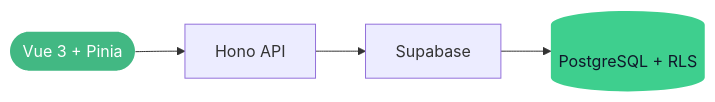
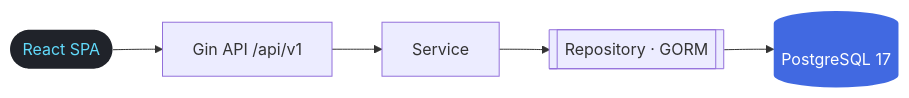
The third of 7 diagrams in README.md (yesterdaygrace/yesterdaygrace), drawn with Mermaid before and after one commit. The commit also changed other lines of this file, not shown here.

````diff
--- a/README.md
+++ b/README.md
@@ -132,8 +196,9 @@
 ```mermaid
 flowchart LR
-    A([Vue 3 + Pinia]) --> B[Hono API]
-    B --> C[Supabase]
-    C --> D[(PostgreSQL + RLS)]
-    style A fill:#42b883,color:#fff,stroke:none
-    style D fill:#3ECF8E,color:#0f172a,stroke:none
+    A([React SPA]) --> B[Gin API /api/v1]
+    B --> C[Service]
+    C --> D[[Repository · GORM]]
+    D --> E[(PostgreSQL 17)]
+    style A fill:#20232A,color:#61DAFB,stroke:none
+    style E fill:#4169E1,color:#fff,stroke:none
 ```
````
